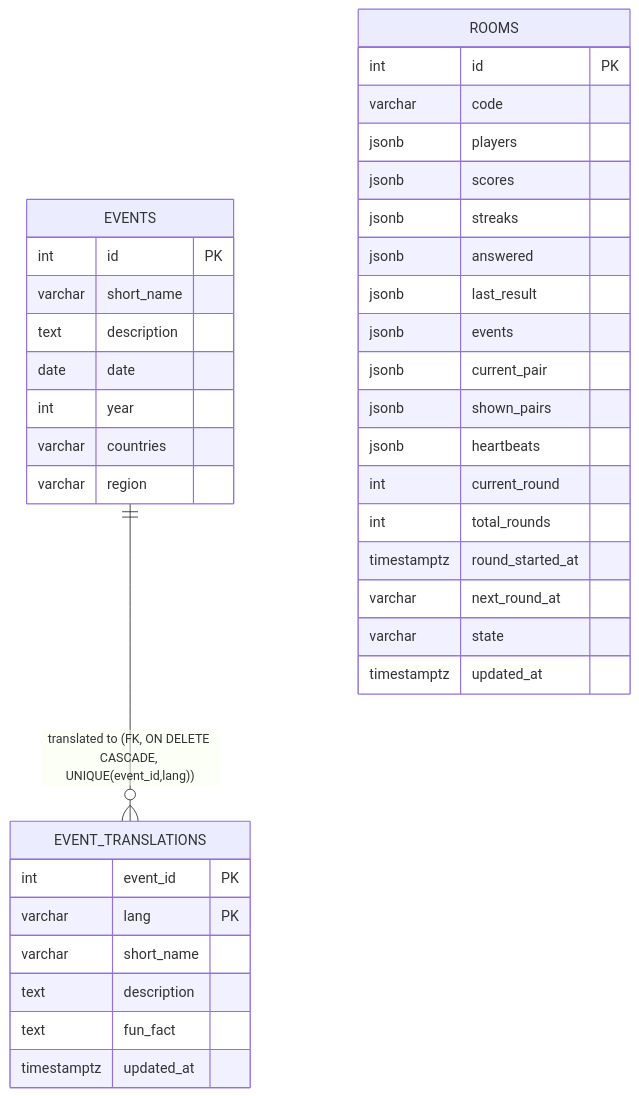
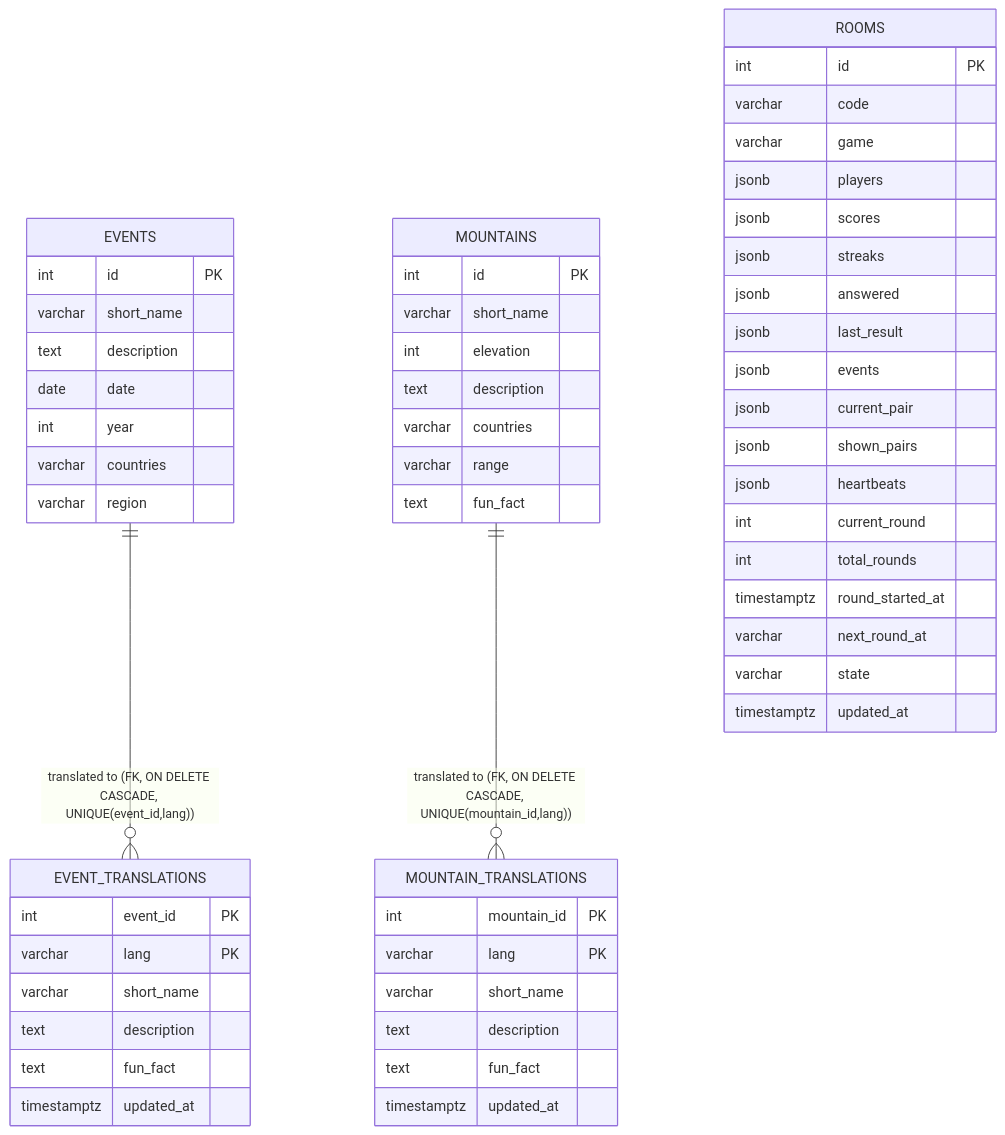
Before and after one commit to prokopHouda/history_game: the third of 7 diagrams in docs/architecture.md, drawn with Mermaid. The commit also changed other lines of this file and 38 other files, not shown here.

First line of the commit message:
feat: multi-game platform with mountains game (history + mountains)

````diff
--- a/docs/architecture.md
+++ b/docs/architecture.md
@@ -128,43 +148,64 @@
 ```mermaid
 erDiagram
     EVENTS {
         int id PK
         varchar short_name
         text description
         date date
         int year
         varchar countries
         varchar region
     }
 
     EVENT_TRANSLATIONS {
         int event_id PK
         varchar lang PK
         varchar short_name
         text description
         text fun_fact
         timestamptz updated_at
     }
 
+    MOUNTAINS {
+        int id PK
+        varchar short_name
+        int elevation
+        text description
+        varchar countries
+        varchar range
+        text fun_fact
+    }
+
+    MOUNTAIN_TRANSLATIONS {
+        int mountain_id PK
+        varchar lang PK
+        varchar short_name
+        text description
+        text fun_fact
+        timestamptz updated_at
+    }
+
     ROOMS {
         int id PK
         varchar code
+        varchar game
         jsonb players
         jsonb scores
         jsonb streaks
         jsonb answered
         jsonb last_result
         jsonb events
         jsonb current_pair
         jsonb shown_pairs
         jsonb heartbeats
         int current_round
         int total_rounds
         timestamptz round_started_at
         varchar next_round_at
         varchar state
         timestamptz updated_at
     }
 
     EVENTS ||--o{ EVENT_TRANSLATIONS : "translated to (FK, ON DELETE CASCADE, UNIQUE(event_id,lang))"
+    MOUNTAINS ||--o{ MOUNTAIN_TRANSLATIONS : "translated to (FK, ON DELETE CASCADE, UNIQUE(mountain_id,lang))"
 ```
````
